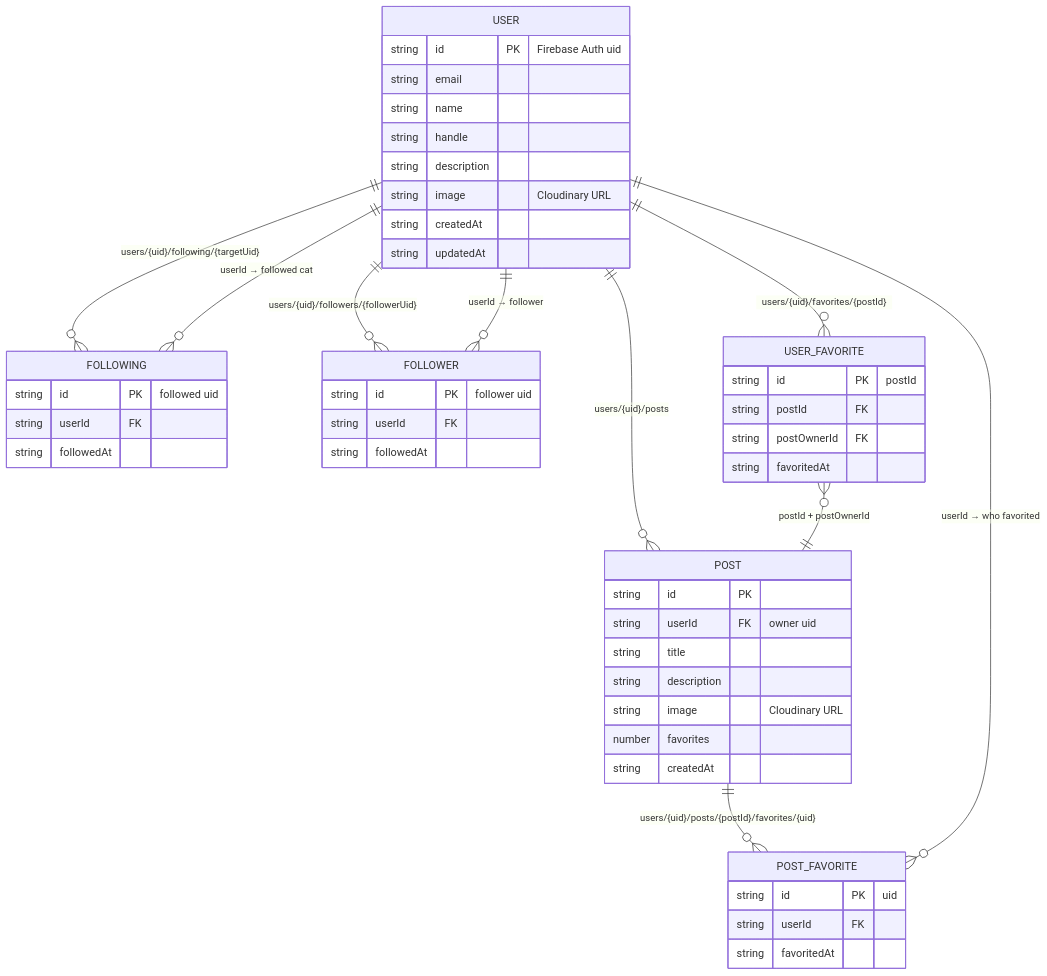
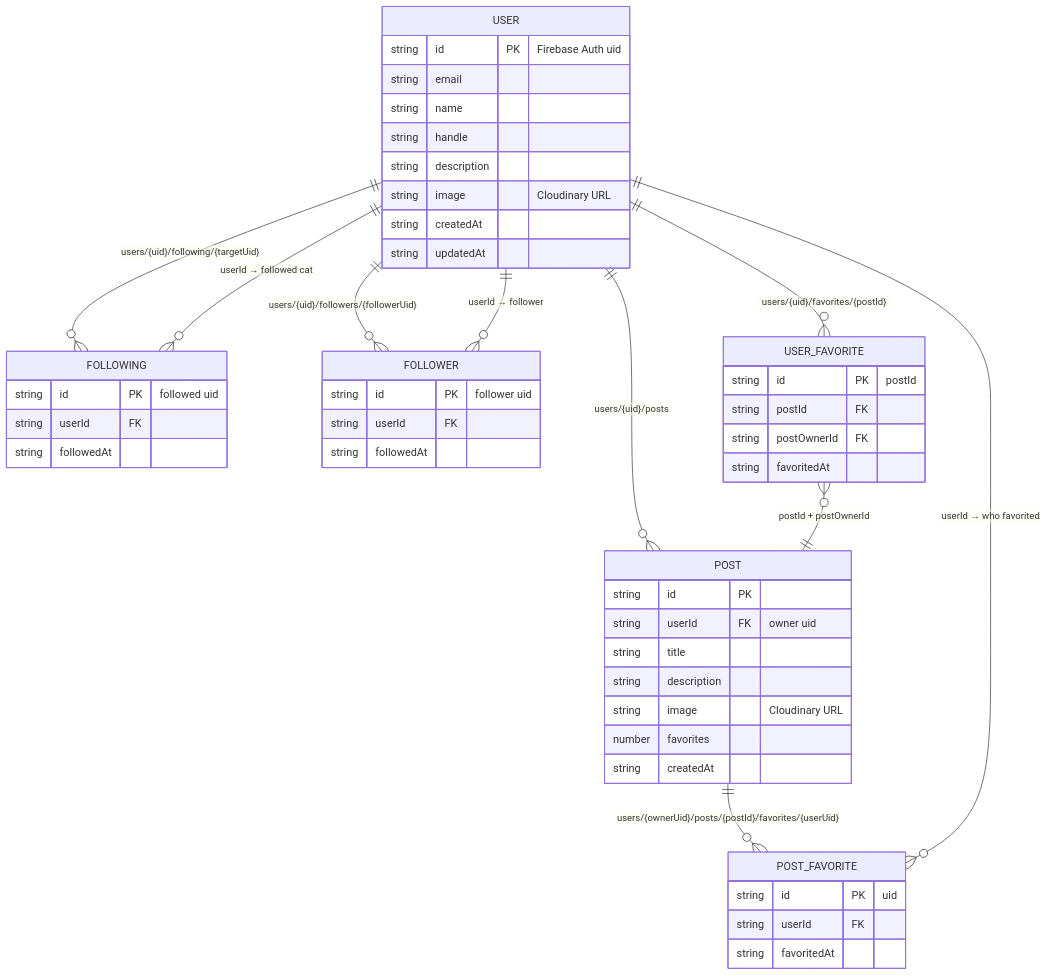
Before and after one commit to megbort/catspace-2.0: the diagram in README.md, drawn with Mermaid. The commit also changed 1 other file, not shown here.

Commit message:
Code review feedback

````diff
--- a/README.md
+++ b/README.md
@@ -93,53 +93,53 @@
 ```mermaid
 erDiagram
     USER ||--o{ POST : "users/{uid}/posts"
     USER ||--o{ FOLLOWING : "users/{uid}/following/{targetUid}"
     USER ||--o{ FOLLOWER : "users/{uid}/followers/{followerUid}"
     USER ||--o{ USER_FAVORITE : "users/{uid}/favorites/{postId}"
-    POST ||--o{ POST_FAVORITE : "users/{uid}/posts/{postId}/favorites/{uid}"
+    POST ||--o{ POST_FAVORITE : "users/{ownerUid}/posts/{postId}/favorites/{userUid}"
     FOLLOWING }o--|| USER : "userId → followed cat"
     FOLLOWER }o--|| USER : "userId → follower"
     USER_FAVORITE }o--|| POST : "postId + postOwnerId"
     POST_FAVORITE }o--|| USER : "userId → who favorited"
 
     USER {
         string id PK "Firebase Auth uid"
         string email
         string name
         string handle
         string description
         string image "Cloudinary URL"
         string createdAt
         string updatedAt
     }
     POST {
         string id PK
         string userId FK "owner uid"
         string title
         string description
         string image "Cloudinary URL"
         number favorites
         string createdAt
     }
     FOLLOWING {
         string id PK "followed uid"
         string userId FK
         string followedAt
     }
     FOLLOWER {
         string id PK "follower uid"
         string userId FK
         string followedAt
     }
     USER_FAVORITE {
         string id PK "postId"
         string postId FK
         string postOwnerId FK
         string favoritedAt
     }
     POST_FAVORITE {
         string id PK "uid"
         string userId FK
         string favoritedAt
     }
 ```
````
